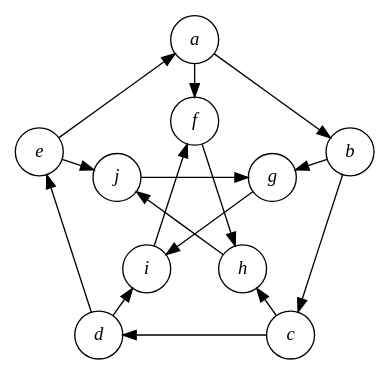
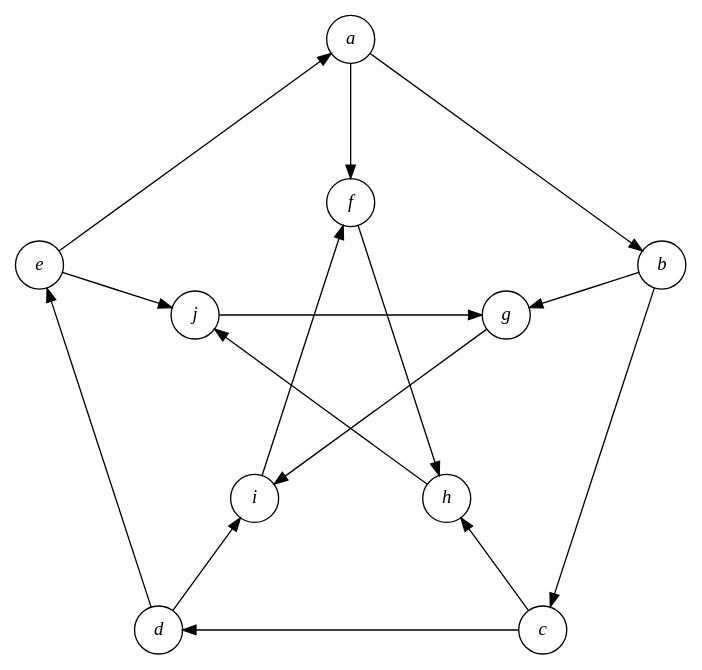
The diagram in src/Ubiquitous.Workbench/IndexedGraphs/05.gv (qbit86/arborescence), drawn with Graphviz before and after one commit.

Commit message:
Scale Petersen directed graph.

```diff
--- a/src/Ubiquitous.Workbench/IndexedGraphs/05.gv
+++ b/src/Ubiquitous.Workbench/IndexedGraphs/05.gv
@@ -1,29 +1,29 @@
 digraph "Petersen Directed" {
   layout="neato"
   node [shape=circle fontname="Times-Italic"]
-  a [pos="0,1.70!"]
-  b [pos="1.62,0.53!"]
-  c [pos="1,-1.38!"]
-  d [pos="-1,-1.38!"]
-  e [pos="-1.62,0.53!"]
-  f [pos="0,0.85!"]
-  g [pos="0.81,0.263!"]
-  h [pos="0.5,-0.69!"]
-  i [pos="-0.5,-0.69!"]
-  j [pos="-0.81,0.263!"]
+  a [pos="0,3.40!"]
+  b [pos="3.24,1.05!"]
+  c [pos="2,-2.75!"]
+  d [pos="-2,-2.75!"]
+  e [pos="-3.24,1.05!"]
+  f [pos="0,1.70!"]
+  g [pos="1.62,0.53!"]
+  h [pos="1,-1.38!"]
+  i [pos="-1,-1.38!"]
+  j [pos="-1.62,0.53!"]
   a -> b
   b -> c
   c -> d
   d -> e
   e -> a
   f -> h
   h -> j
   j -> g
   g -> i
   i -> f
   a -> f
   b -> g
   c -> h
   d -> i
   e -> j
 }
```
